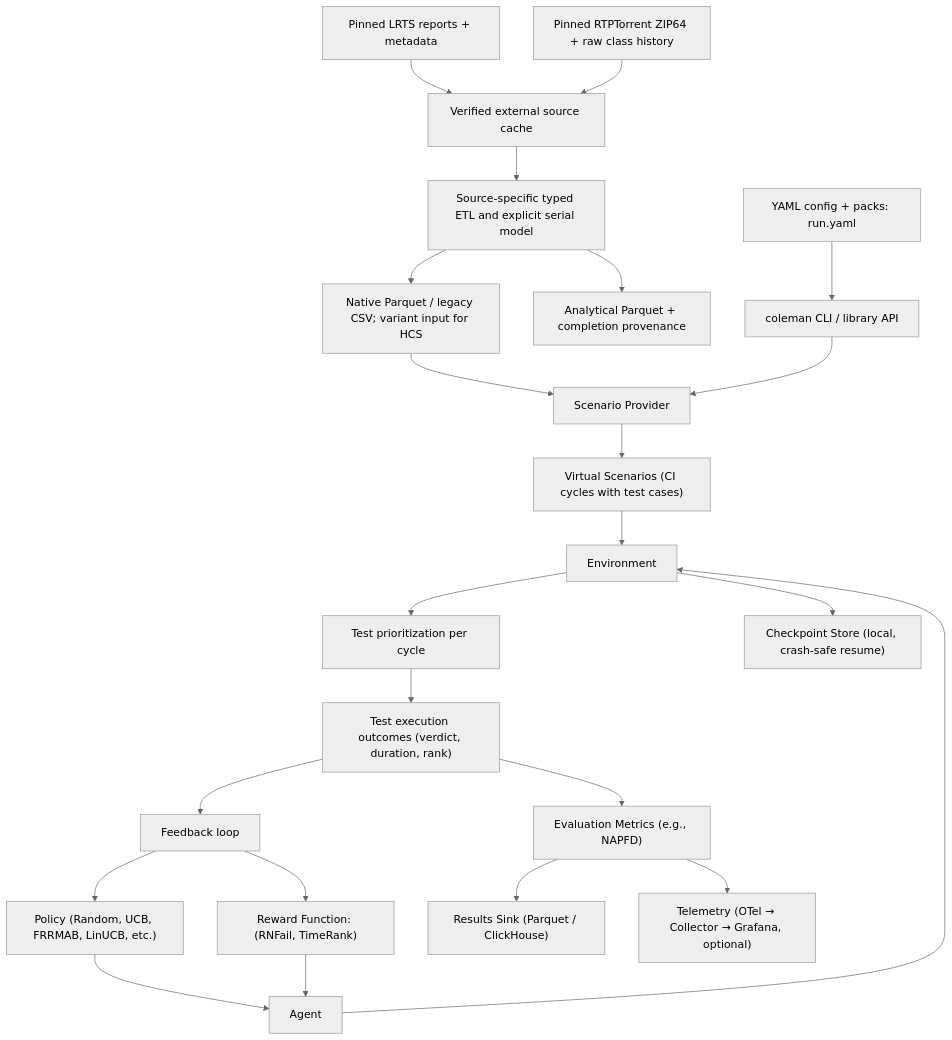
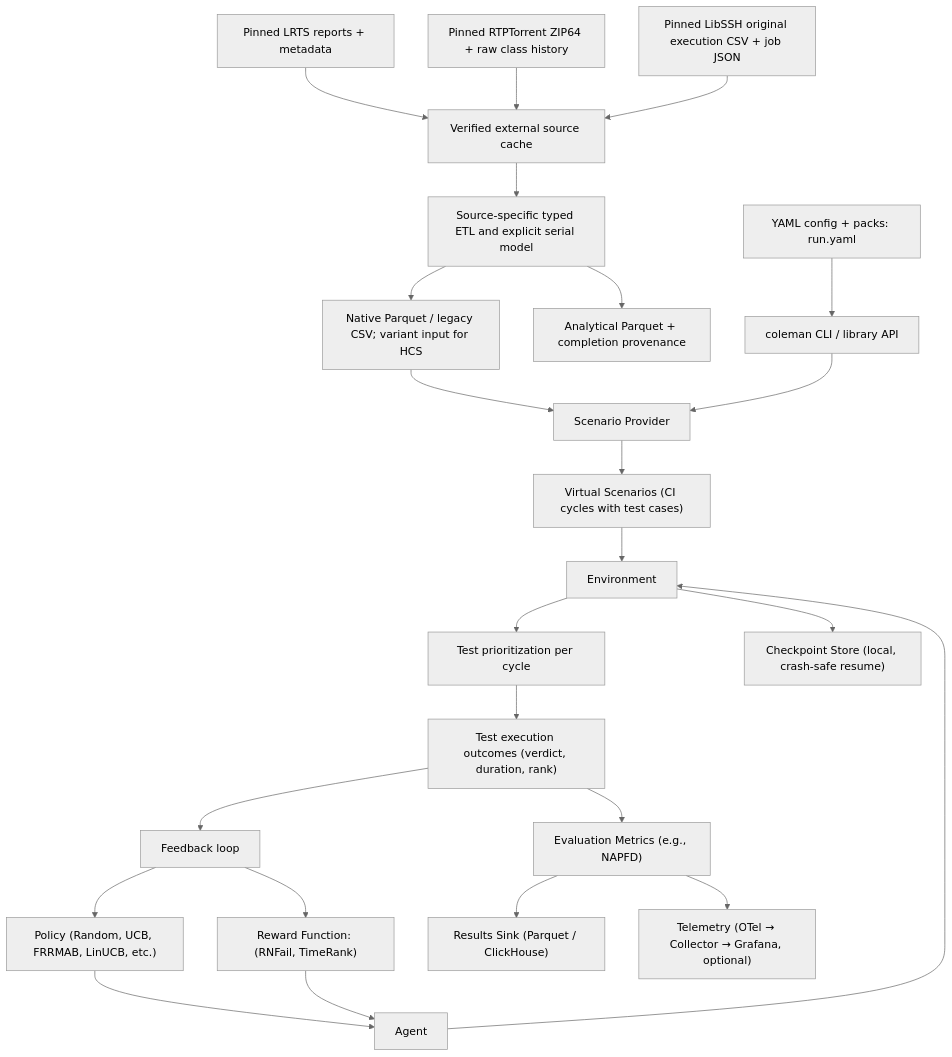
One commit to jacksonpradolima/coleman4hcs changed the diagram in README.md. Above: the diagram before and after it, drawn with Mermaid (neutral theme). The commit also changed other lines of this file and 6 other files, not shown here.

````diff
--- a/README.md
+++ b/README.md
@@ -780,30 +781,31 @@
 ```mermaid
 flowchart TD
     A[YAML config + packs: run.yaml] --> B[coleman CLI / library API]
     R[Pinned LRTS reports + metadata] --> S[Verified external source cache]
     V[Pinned RTPTorrent ZIP64 + raw class history] --> S
+    W[Pinned LibSSH original execution CSV + job JSON] --> S
     S --> T[Source-specific typed ETL and explicit serial model]
     T --> U[Analytical Parquet + completion provenance]
     T --> C["Native Parquet / legacy CSV; variant input for HCS"]
     C --> D[Scenario Provider]
     B --> D
 
     D --> E["Virtual Scenarios (CI cycles with test cases)"]
     E --> F[Environment]
 
     G["Policy (Random, UCB, FRRMAB, LinUCB, etc.)"] --> H[Agent]
     I["Reward Function: (RNFail, TimeRank)"] --> H
     H --> F
 
     F --> J[Test prioritization per cycle]
     J --> K["Test execution outcomes (verdict, duration, rank)"]
     K --> L["Evaluation Metrics (e.g., NAPFD)"]
     L --> M["Results Sink (Parquet / ClickHouse)"]
     L --> P["Telemetry (OTel → Collector → Grafana, optional)"]
 
     F --> Q["Checkpoint Store (local, crash-safe resume)"]
 
     K --> O[Feedback loop]
     O --> I
     O --> G
 ```
````
